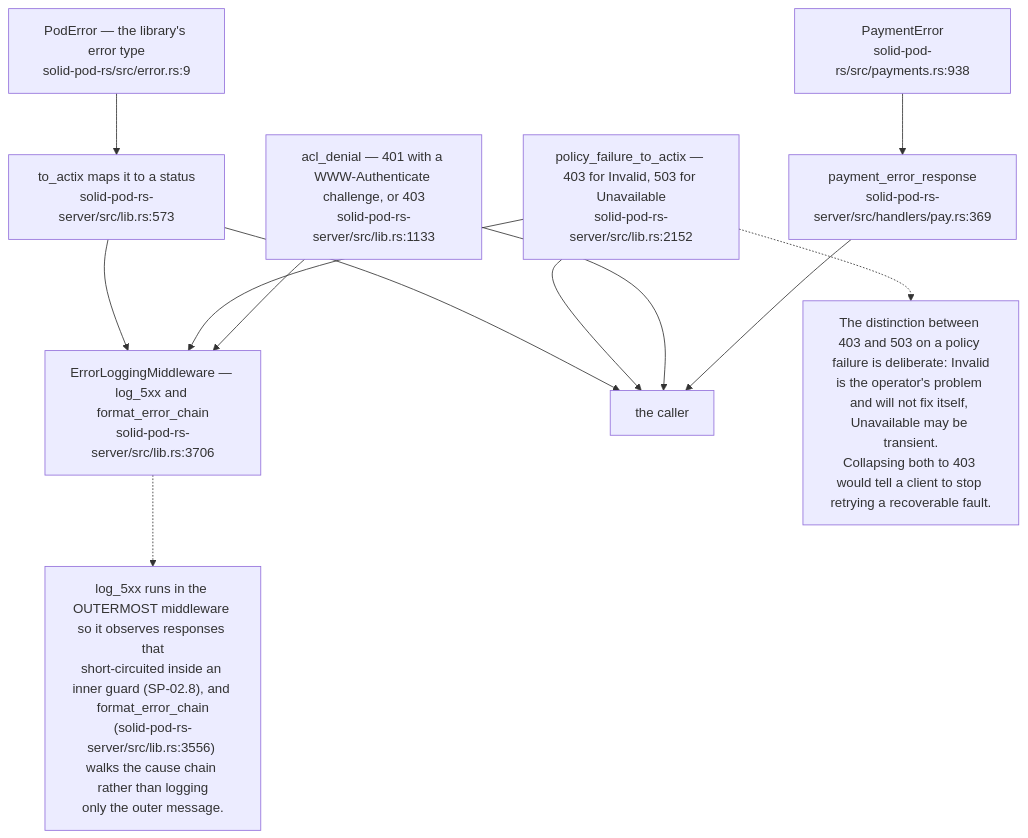
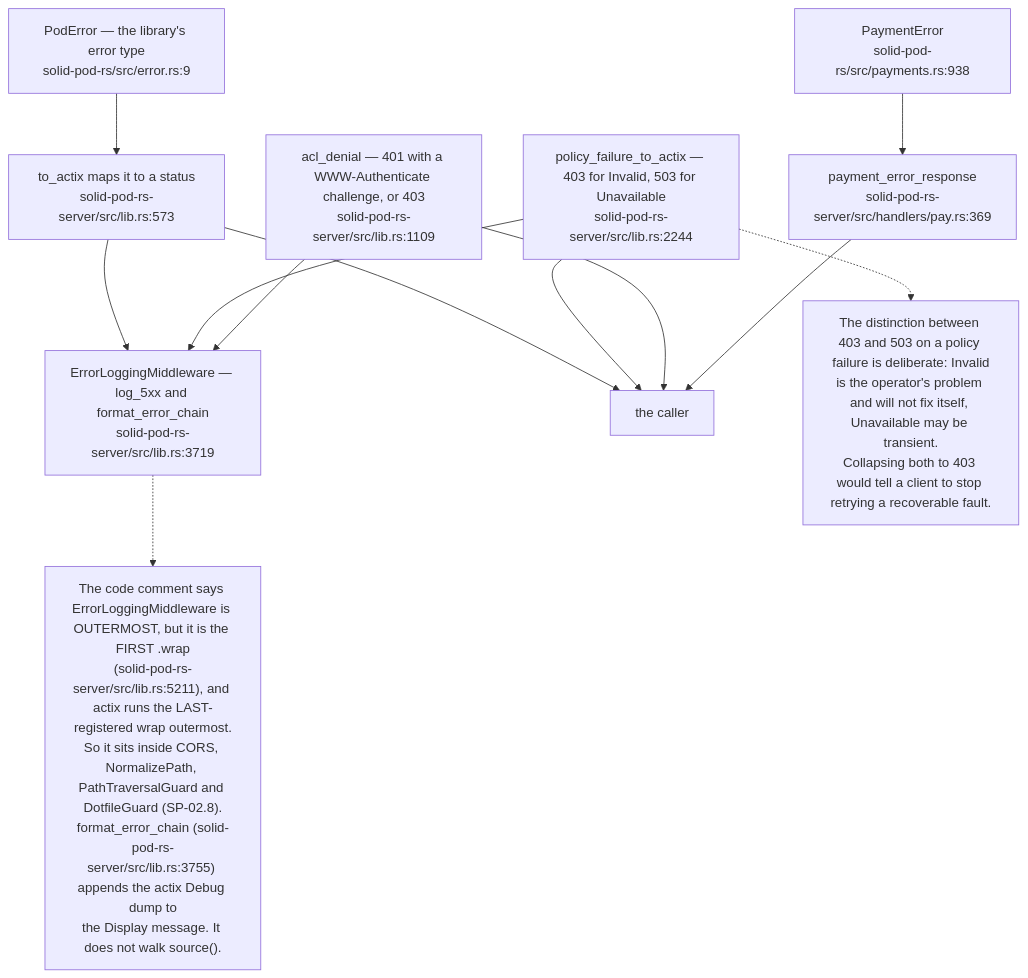
Before and after one commit to DreamLab-AI/VisionFlow: the ninth of 12 diagrams in docs/diagrams/solid-pod-rs/10-failure-modes-and-invariants.md, drawn with Mermaid. The commit also changed other lines of this file and 47 other files, not shown here.

````diff
--- a/docs/diagrams/solid-pod-rs/10-failure-modes-and-invariants.md
+++ b/docs/diagrams/solid-pod-rs/10-failure-modes-and-invariants.md
@@ -252,24 +273,24 @@
 ```mermaid
 flowchart TD
     POD["PodError — the library's error type<br/>solid-pod-rs/src/error.rs:9"]
     TA["to_actix maps it to a status<br/>solid-pod-rs-server/src/lib.rs:573"]
-    PF["policy_failure_to_actix — 403 for Invalid, 503 for Unavailable<br/>solid-pod-rs-server/src/lib.rs:2152"]
-    AD["acl_denial — 401 with a WWW-Authenticate challenge, or 403<br/>solid-pod-rs-server/src/lib.rs:1133"]
+    PF["policy_failure_to_actix — 403 for Invalid, 503 for Unavailable<br/>solid-pod-rs-server/src/lib.rs:2244"]
+    AD["acl_denial — 401 with a WWW-Authenticate challenge, or 403<br/>solid-pod-rs-server/src/lib.rs:1109"]
     PE["PaymentError<br/>solid-pod-rs/src/payments.rs:938"]
     PR["payment_error_response<br/>solid-pod-rs-server/src/handlers/pay.rs:369"]
-    LOG["ErrorLoggingMiddleware — log_5xx and format_error_chain<br/>solid-pod-rs-server/src/lib.rs:3706"]
+    LOG["ErrorLoggingMiddleware — log_5xx and format_error_chain<br/>solid-pod-rs-server/src/lib.rs:3719"]
     C["the caller"]
 
     POD --> TA --> C
     PF --> C
     AD --> C
     PE --> PR --> C
     TA --> LOG
     PF --> LOG
     AD --> LOG
 
     N["The distinction between 403 and 503 on a policy failure is deliberate: Invalid<br/>is the operator's problem and will not fix itself, Unavailable may be transient.<br/>Collapsing both to 403 would tell a client to stop retrying a recoverable fault."]
     PF -.-> N
-    N2["log_5xx runs in the OUTERMOST middleware so it observes responses that<br/>short-circuited inside an inner guard (SP-02.8), and format_error_chain<br/>(solid-pod-rs-server/src/lib.rs:3556) walks the cause chain rather than logging<br/>only the outer message."]
+    N2["The code comment says ErrorLoggingMiddleware is OUTERMOST, but it is the FIRST .wrap<br/>(solid-pod-rs-server/src/lib.rs:5211), and actix runs the LAST-registered wrap outermost.<br/>So it sits inside CORS, NormalizePath, PathTraversalGuard and DotfileGuard (SP-02.8).<br/>format_error_chain (solid-pod-rs-server/src/lib.rs:3755) appends the actix Debug dump to<br/>the Display message. It does not walk source()."]
     LOG -.-> N2
 ```
````
